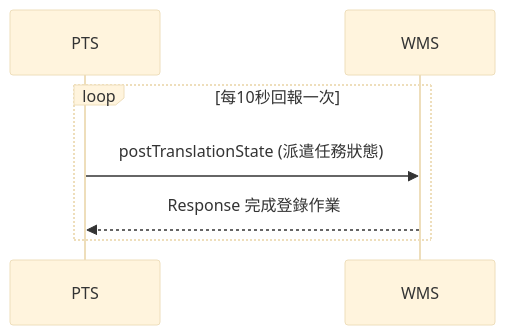
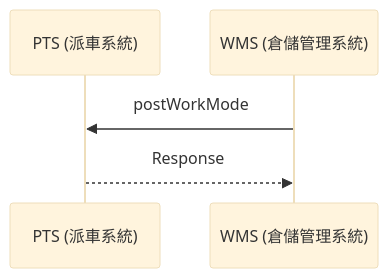
One commit to athena-tircgo/amr-wms-lsj changed the fourth of 9 diagrams in README.md. Above: the diagram before and after it, drawn with Mermaid (base theme). The commit also changed other lines of this file, not shown here.

````diff
--- a/README.md
+++ b/README.md
@@ -264,10 +264,9 @@
 ```mermaid
 sequenceDiagram
-    participant PTS
-    participant WMS
+    participant PTS as PTS (派車系統)
+    participant WMS as WMS (倉儲管理系統)
 
-    loop 每10秒回報一次
-        PTS->>WMS: postTranslationState (派遣任務狀態)
-        WMS-->>PTS: Response 完成登錄作業
-    end
+        WMS->>PTS: postWorkMode
+        PTS-->>WMS: Response 
+
 ```
````
